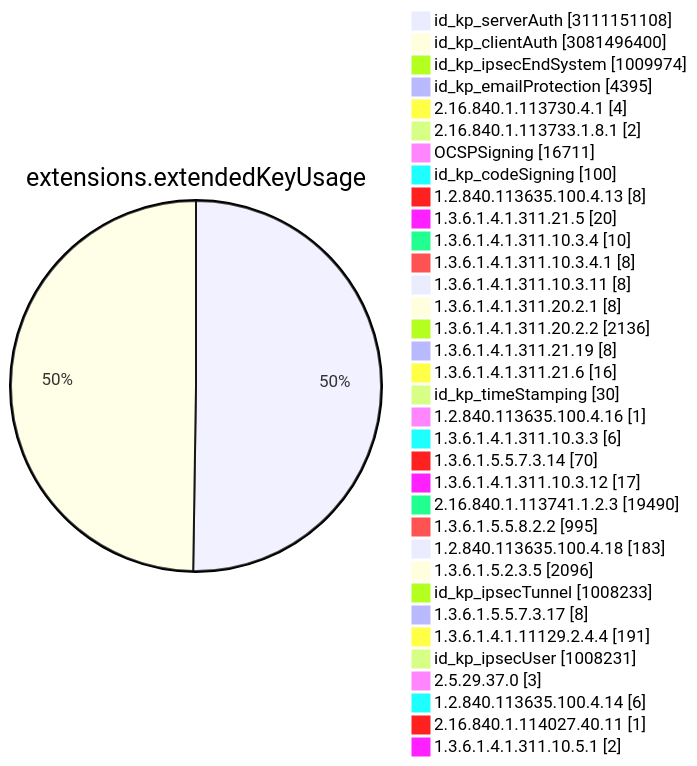
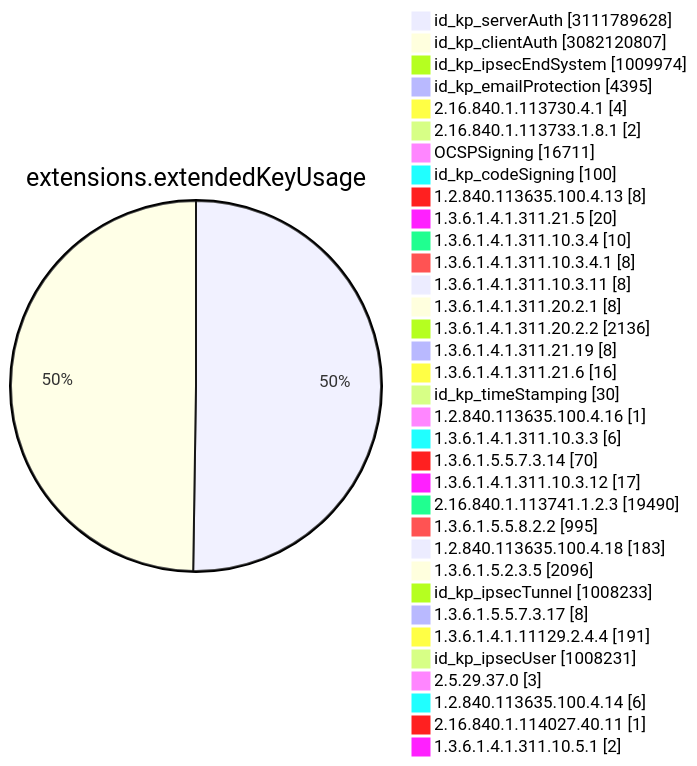
Diagram 11 of 15 in TOTAL/README.md (christiankrug/ctmonitor_visualization), drawn with Mermaid before and after one commit. The commit also changed other lines of this file, not shown here.

````diff
--- a/TOTAL/README.md
+++ b/TOTAL/README.md
@@ -4119,38 +4119,38 @@
 ```mermaid
 pie showData
 title extensions.extendedKeyUsage
-"id_kp_serverAuth" :3111151108
-"id_kp_clientAuth" :3081496400
+"id_kp_serverAuth" :3111789628
+"id_kp_clientAuth" :3082120807
 "id_kp_ipsecEndSystem" :1009974
 "id_kp_emailProtection" :4395
 "2.16.840.1.113730.4.1" :4
 "2.16.840.1.113733.1.8.1" :2
 "OCSPSigning" :16711
 "id_kp_codeSigning" :100
 "1.2.840.113635.100.4.13" :8
 "1.3.6.1.4.1.311.21.5" :20
 "1.3.6.1.4.1.311.10.3.4" :10
 "1.3.6.1.4.1.311.10.3.4.1" :8
 "1.3.6.1.4.1.311.10.3.11" :8
 "1.3.6.1.4.1.311.20.2.1" :8
 "1.3.6.1.4.1.311.20.2.2" :2136
 "1.3.6.1.4.1.311.21.19" :8
 "1.3.6.1.4.1.311.21.6" :16
 "id_kp_timeStamping" :30
 "1.2.840.113635.100.4.16" :1
 "1.3.6.1.4.1.311.10.3.3" :6
 "1.3.6.1.5.5.7.3.14" :70
 "1.3.6.1.4.1.311.10.3.12" :17
 "2.16.840.1.113741.1.2.3" :19490
 "1.3.6.1.5.5.8.2.2" :995
 "1.2.840.113635.100.4.18" :183
 "1.3.6.1.5.2.3.5" :2096
 "id_kp_ipsecTunnel" :1008233
 "1.3.6.1.5.5.7.3.17" :8
 "1.3.6.1.4.1.11129.2.4.4" :191
 "id_kp_ipsecUser" :1008231
 "2.5.29.37.0" :3
 "1.2.840.113635.100.4.14" :6
 "2.16.840.1.114027.40.11" :1
 "1.3.6.1.4.1.311.10.5.1" :2
 ```
````
